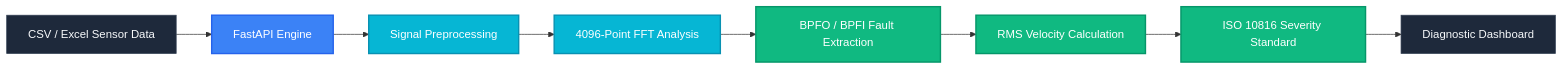
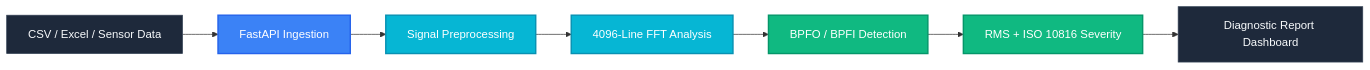
Before and after one commit to Basharameez/my-portfolio: the third of 7 diagrams in README.md, drawn with Mermaid. The commit also changed other lines of this file, not shown here.

````diff
--- a/README.md
+++ b/README.md
@@ -191,15 +281,14 @@
 ```mermaid
 flowchart LR
     classDef cyan fill:#06B6D4,stroke:#0891B2,color:#FFFFFF,stroke-width:2px;
     classDef emerald fill:#10B981,stroke:#059669,color:#FFFFFF,stroke-width:2px;
     classDef blue fill:#3B82F6,stroke:#2563EB,color:#FFFFFF,stroke-width:2px;
     classDef dark fill:#1E293B,stroke:#334155,color:#F8FAFC,stroke-width:1px;
 
-    A[CSV / Excel Sensor Data]:::dark --> B[FastAPI Engine]:::blue
+    A[CSV / Excel / Sensor Data]:::dark --> B[FastAPI Ingestion]:::blue
     B --> C[Signal Preprocessing]:::cyan
-    C --> D[4096-Point FFT Analysis]:::cyan
-    D --> E[BPFO / BPFI Fault Extraction]:::emerald
-    E --> F[RMS Velocity Calculation]:::emerald
-    F --> G[ISO 10816 Severity Standard]:::emerald
-    G --> H[Diagnostic Dashboard]:::dark
+    C --> D[4096-Line FFT Analysis]:::cyan
+    D --> E[BPFO / BPFI Detection]:::emerald
+    E --> F[RMS + ISO 10816 Severity]:::emerald
+    F --> G[Diagnostic Report Dashboard]:::dark
 ```
````
